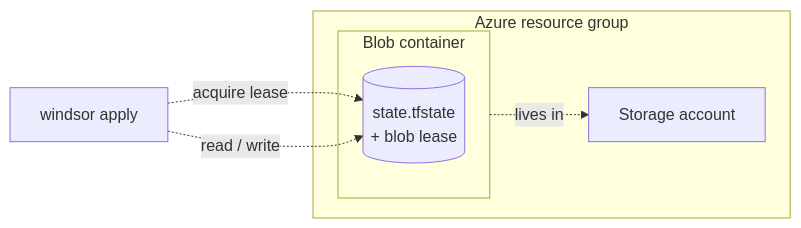
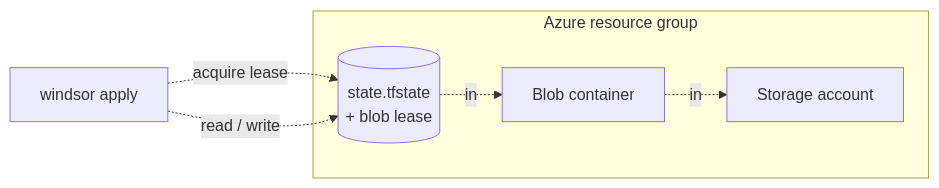
Before and after one commit to windsorcli/core: the second of 2 diagrams in terraform/backend/README.md, drawn with Mermaid. The commit also changed other lines of this file and 6 other files, not shown here.

Commit message:
chore(docs): refine flowcharts in README files for backend, cluster, compute, CNI, network, gitops, and workstation categories

````diff
--- a/terraform/backend/README.md
+++ b/terraform/backend/README.md
@@ -61,15 +59,15 @@
 ```mermaid
 flowchart LR
   apply[windsor apply]
 
   subgraph azure[Azure resource group]
     sa[Storage account]
-    subgraph container[Blob container]
-      state[(state.tfstate<br/>+ blob lease)]
-    end
+    container[Blob container]
+    state[(state.tfstate<br/>+ blob lease)]
   end
 
   apply -.acquire lease.-> state
   apply -.read / write.-> state
-  container -.lives in.-> sa
+  state -.in.-> container
+  container -.in.-> sa
 ```
````
